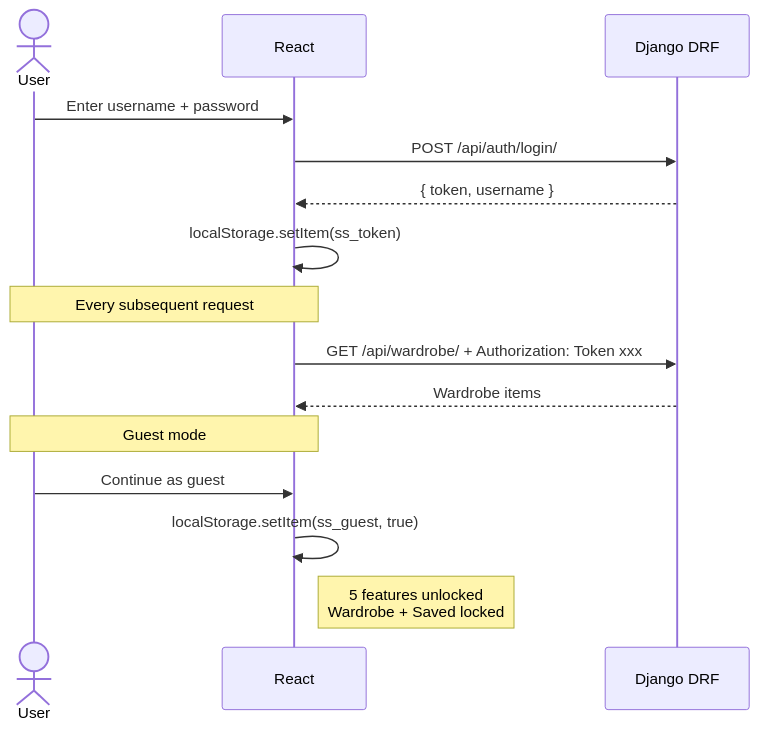
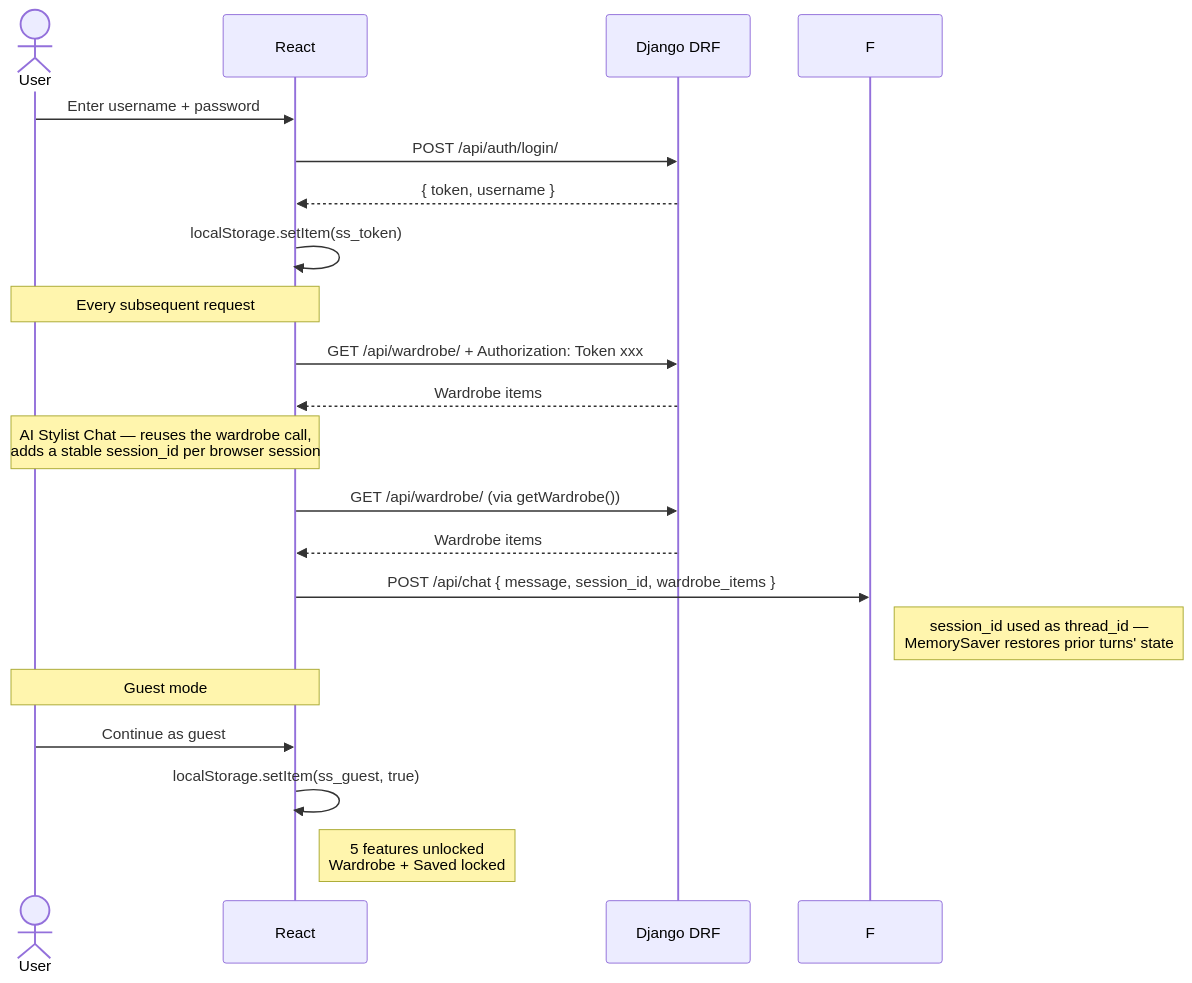
Before and after one commit to saloni8780/StyleSense: the fourth of 4 diagrams in README.md, drawn with Mermaid. The commit also changed other lines of this file and 7 other files, not shown here.

Commit message:
Add AI Stylist Chat: LangGraph planner + multi-agent routing + memory

````diff
--- a/README.md
+++ b/README.md
@@ -72,20 +133,26 @@
 ```mermaid
 sequenceDiagram
     actor U as User
     participant R as React
     participant D as Django DRF
 
     U->>R: Enter username + password
     R->>D: POST /api/auth/login/
     D-->>R: { token, username }
     R->>R: localStorage.setItem(ss_token)
 
     Note over U,R: Every subsequent request
     R->>D: GET /api/wardrobe/ + Authorization: Token xxx
     D-->>R: Wardrobe items
 
+    Note over U,R: AI Stylist Chat — reuses the wardrobe call,<br/>adds a stable session_id per browser session
+    R->>D: GET /api/wardrobe/ (via getWardrobe())
+    D-->>R: Wardrobe items
+    R->>F: POST /api/chat { message, session_id, wardrobe_items }
+    Note right of F: session_id used as thread_id —<br/>MemorySaver restores prior turns' state
+
     Note over U,R: Guest mode
     U->>R: Continue as guest
     R->>R: localStorage.setItem(ss_guest, true)
     Note right of R: 5 features unlocked<br/>Wardrobe + Saved locked
 ```
````
